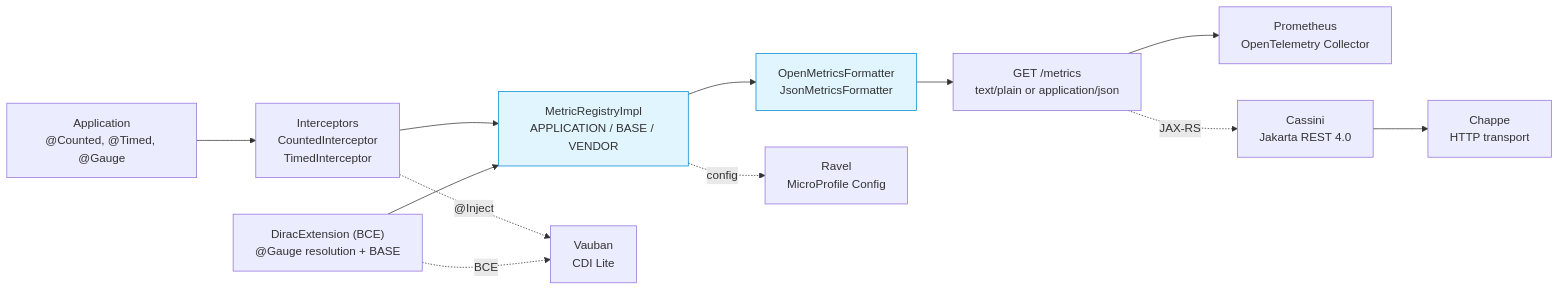
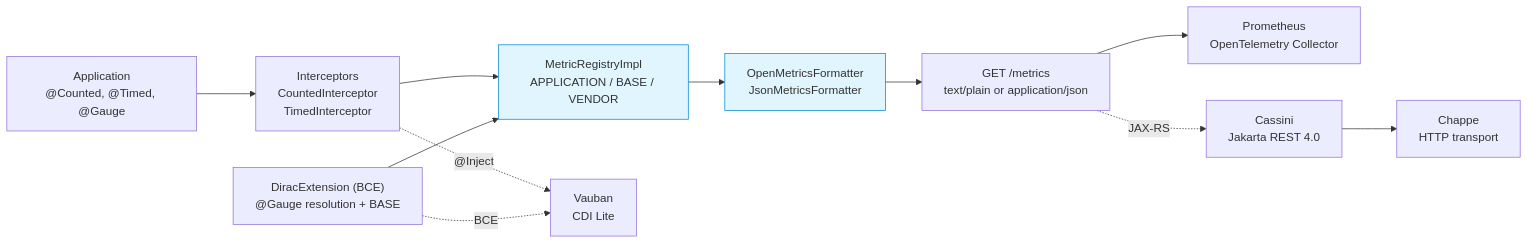
Before and after one commit to vidocq-stack/dirac: the diagram in docs/en/modules/ROOT/pages/index.adoc, drawn with Mermaid. The commit also changed other lines of this file and 7 other files, not shown here.

```diff
--- a/docs/en/modules/ROOT/pages/index.adoc
+++ b/docs/en/modules/ROOT/pages/index.adoc
@@ -61,27 +61,26 @@
 [mermaid]
 ....
 flowchart LR
   App["Application<br/>@Counted, @Timed, @Gauge"]
   IC["Interceptors<br/>CountedInterceptor<br/>TimedInterceptor"]
   BCE["DiracExtension (BCE)<br/>@Gauge resolution + BASE"]
   Registry["MetricRegistryImpl<br/>APPLICATION / BASE / VENDOR"]
   Formatter["OpenMetricsFormatter<br/>JsonMetricsFormatter"]
   Endpoint["GET /metrics<br/>text/plain or application/json"]
   Prom["Prometheus<br/>OpenTelemetry Collector"]
 
   App --> IC
   IC --> Registry
   BCE --> Registry
   Registry --> Formatter
   Formatter --> Endpoint
   Endpoint --> Prom
 
   IC -.@Inject.-> Vauban["Vauban<br/>CDI Lite"]
   BCE -.BCE.-> Vauban
   Endpoint -.JAX-RS.-> Cassini["Cassini<br/>Jakarta REST 4.0"]
   Cassini --> Chappe["Chappe<br/>HTTP transport"]
-  Registry -.config.-> Ravel["Ravel<br/>MicroProfile Config"]
 
   classDef rt fill:#e1f5fe,stroke:#0288d1
   class Registry,Formatter rt
 ....
```
